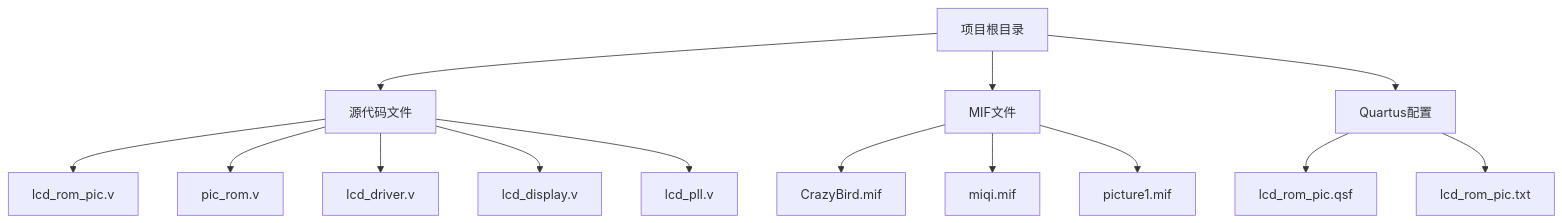
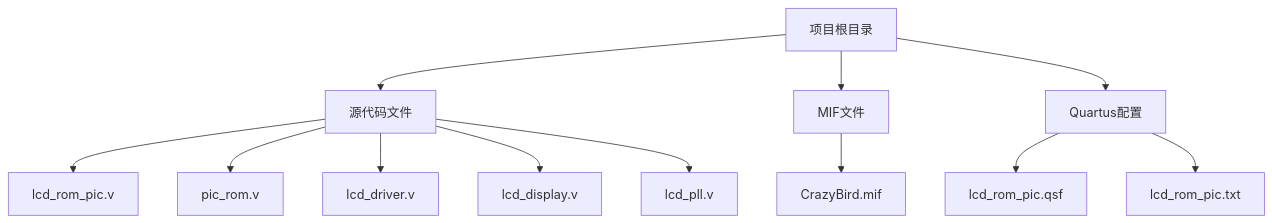
The seventh of 7 diagrams in .qoder/repowiki/zh/content/硬件组件/ROM存储系统.md (soupherexd/LCD_ROM_PIC), drawn with Mermaid before and after one commit. The commit also changed other lines of this file and 3 other files, not shown here.

````diff
--- a/.qoder/repowiki/zh/content/硬件组件/ROM存储系统.md
+++ b/.qoder/repowiki/zh/content/硬件组件/ROM存储系统.md
@@ -461,16 +471,14 @@
 ```mermaid
 graph TD
 ROOT[项目根目录] --> SRC[源代码文件]
 ROOT --> MIF[MIF文件]
 ROOT --> QSF[Quartus配置]
 SRC --> LCD_ROM_PIC_V[lcd_rom_pic.v]
 SRC --> PIC_ROM_V[pic_rom.v]
 SRC --> LCD_DRIVER_V[lcd_driver.v]
 SRC --> LCD_DISPLAY_V[lcd_display.v]
 SRC --> LCD_PLL_V[lcd_pll.v]
 MIF --> CRAZY_BIRD[CrazyBird.mif]
-MIF --> MIQI[miqi.mif]
-MIF --> PICTURE1[picture1.mif]
 QSF --> LCD_ROM_PIC_QSF[lcd_rom_pic.qsf]
 QSF --> LCD_ROM_PIC_TXT[lcd_rom_pic.txt]
 ```
````
